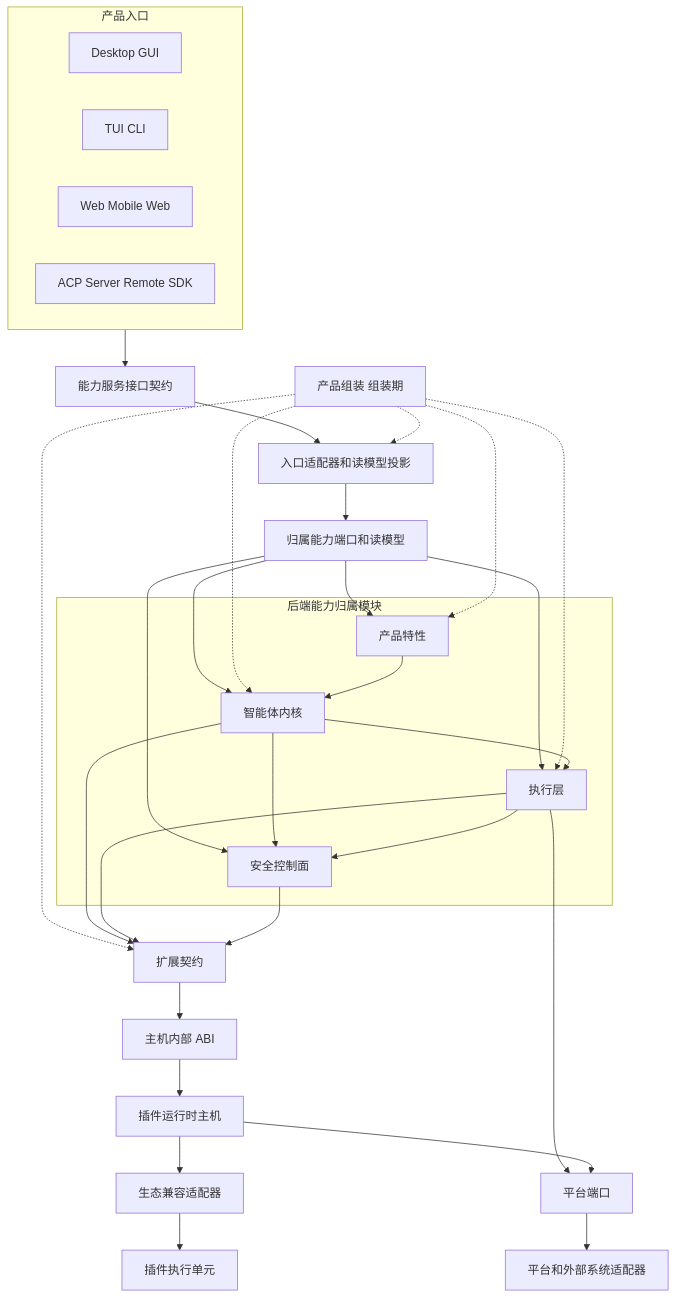
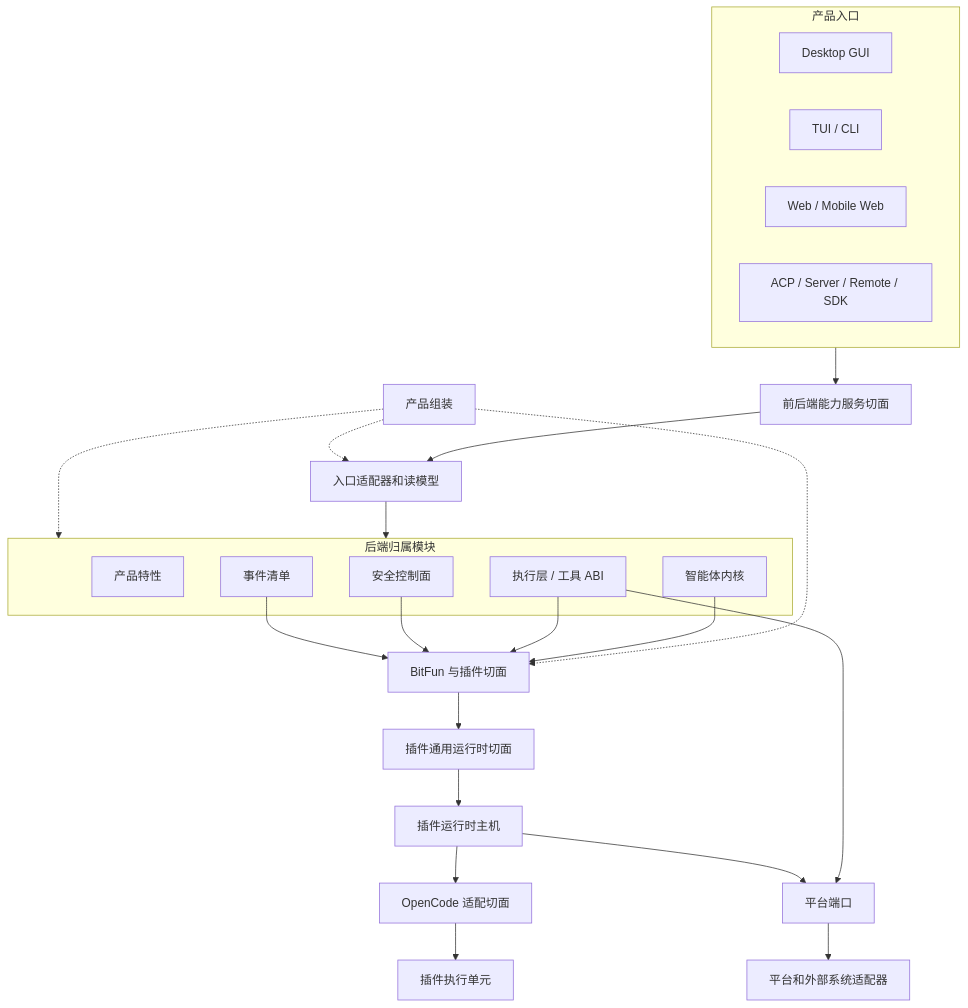
One commit to 1688mengdie/BitFun changed the diagram in docs/architecture/product-architecture.md. Above: the diagram before and after it, drawn with Mermaid. The commit also changed other lines of this file and 20 other files, not shown here.

Commit message:
docs: tighten plugin interface boundaries

````diff
--- a/docs/architecture/product-architecture.md
+++ b/docs/architecture/product-architecture.md
@@ -94,56 +70,47 @@
 ```mermaid
 flowchart TB
   subgraph Entry["产品入口"]
     Desktop["Desktop GUI"]
-    Cli["TUI CLI"]
-    Web["Web Mobile Web"]
-    Protocol["ACP Server Remote SDK"]
+    Cli["TUI / CLI"]
+    Web["Web / Mobile Web"]
+    Protocol["ACP / Server / Remote / SDK"]
   end
 
-  ServerContract["能力服务接口契约"]
-  InterfaceAdapter["入口适配器和读模型投影"]
-  CapabilityPorts["归属能力端口和读模型"]
-  Assembly["产品组装 组装期"]
+  CapabilitySurface["前后端能力服务切面"]
+  Projection["入口适配器和读模型"]
+  Assembly["产品组装"]
 
-  subgraph Backend["后端能力归属模块"]
+  subgraph Owners["后端归属模块"]
     Feature["产品特性"]
     Kernel["智能体内核"]
-    Execution["执行层"]
+    Execution["执行层 / 工具 ABI"]
     Security["安全控制面"]
+    Events["事件清单"]
   end
 
-  ExtensionContract["扩展契约"]
-  HostAbi["主机内部 ABI"]
+  Extension["BitFun 与插件切面"]
+  HostAbi["插件通用运行时切面"]
   PluginHost["插件运行时主机"]
-  PluginAdapter["生态兼容适配器"]
+  OpenCodeAdapter["OpenCode 适配切面"]
   PluginUnit["插件执行单元"]
   PlatformPorts["平台端口"]
   PlatformAdapters["平台和外部系统适配器"]
 
-  Entry --> ServerContract
-  ServerContract --> InterfaceAdapter
-  InterfaceAdapter --> CapabilityPorts
-  CapabilityPorts --> Feature
-  CapabilityPorts --> Kernel
-  CapabilityPorts --> Execution
-  CapabilityPorts --> Security
-  Assembly -.-> InterfaceAdapter
-  Assembly -.-> Feature
-  Assembly -.-> Kernel
-  Assembly -.-> Execution
-  Assembly -.-> ExtensionContract
-  Feature --> Kernel
-  Kernel --> Execution
-  Kernel --> Security
-  Execution --> Security
-  Kernel --> ExtensionContract
-  Execution --> ExtensionContract
-  Security --> ExtensionContract
-  ExtensionContract --> HostAbi
+  Entry --> CapabilitySurface
+  CapabilitySurface --> Projection
+  Projection --> Owners
+  Assembly -.-> Projection
+  Assembly -.-> Owners
+  Assembly -.-> Extension
+  Kernel --> Extension
+  Execution --> Extension
+  Security --> Extension
+  Events --> Extension
+  Extension --> HostAbi
   HostAbi --> PluginHost
-  PluginHost --> PluginAdapter
-  PluginAdapter --> PluginUnit
+  PluginHost --> OpenCodeAdapter
+  OpenCodeAdapter --> PluginUnit
   Execution --> PlatformPorts
   PluginHost --> PlatformPorts
   PlatformPorts --> PlatformAdapters
 ```
````
